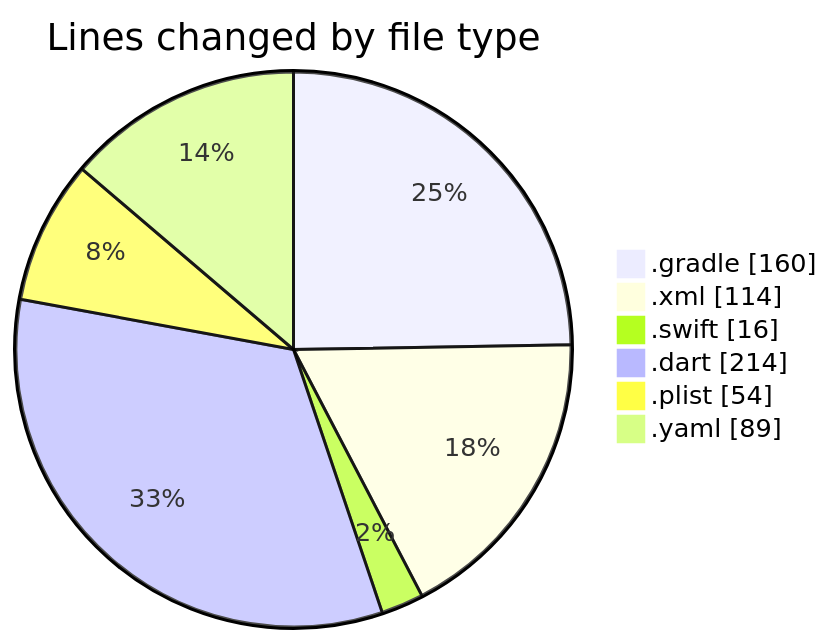
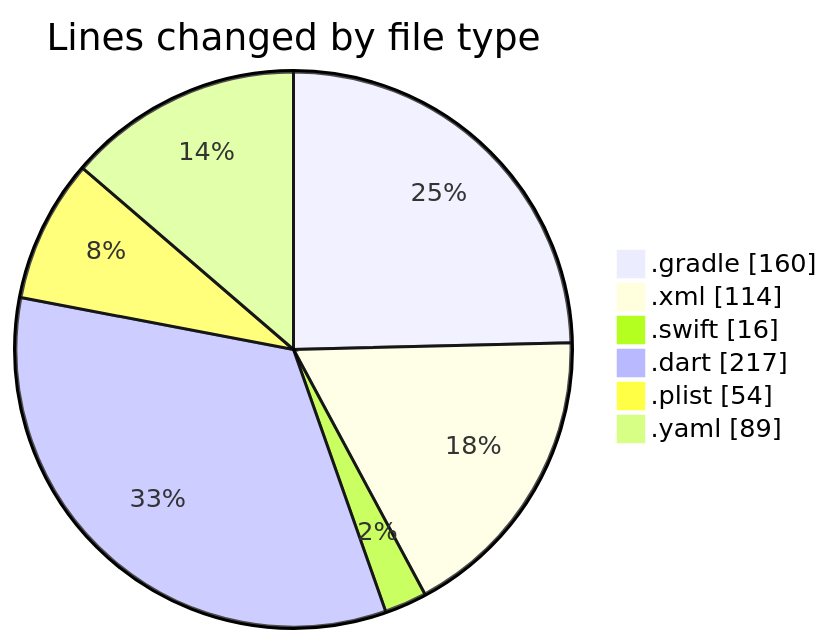
Before and after one commit to donsfak/code-tracking: the first of 2 diagrams in 2025-01-01/uber_clone/README.md, drawn with Mermaid. The commit also changed other lines of this file and 1 other file, not shown here.

````diff
--- a/2025-01-01/uber_clone/README.md
+++ b/2025-01-01/uber_clone/README.md
@@ -28,10 +28,10 @@
 ```mermaid
 pie showData
 title Lines changed by file type
 ".gradle" : 160
 ".xml" : 114
 ".swift" : 16
-".dart" : 214
+".dart" : 217
 ".plist" : 54
 ".yaml" : 89
 ```
````
